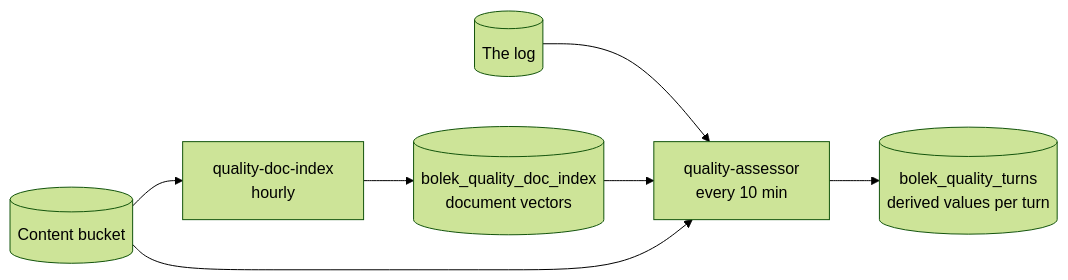
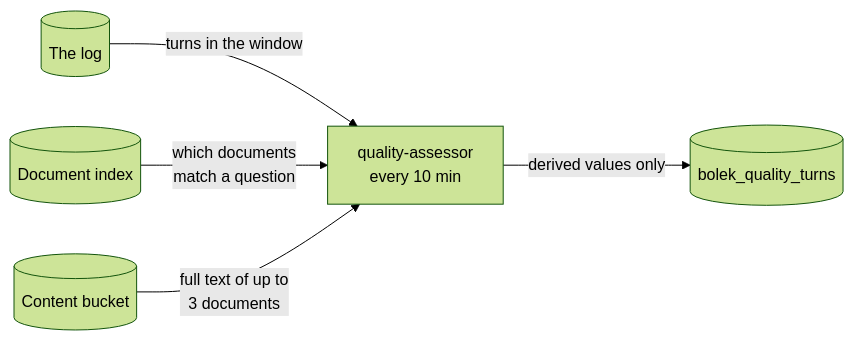
One commit to pborkowski-rtbh/conversation-analyzer changed diagram 12 of 21 in design-doc.md. Above: the diagram before and after it, drawn with Mermaid (forest theme). The commit also changed other lines of this file, not shown here.

````diff
--- a/design-doc.md
+++ b/design-doc.md
@@ -1170,9 +1182,7 @@
 ```mermaid
 flowchart LR
-    LOG[("The log")] --> A["quality-assessor<br/>every 10 min"]
-    BUCKET[("Content bucket")] --> I["quality-doc-index<br/>hourly"]
-    I --> DOC[("bolek_quality_doc_index<br/>document vectors")]
-    DOC --> A
-    BUCKET --> A
-    A --> T[("bolek_quality_turns<br/>derived values per turn")]
+    LOG[("The log")] -->|"turns in the window"| A["quality-assessor<br/>every 10 min"]
+    DOC[("Document index")] -->|"which documents<br/>match a question"| A
+    BUCKET[("Content bucket")] -->|"full text of up to<br/>3 documents"| A
+    A -->|"derived values only"| T[("bolek_quality_turns")]
 ```
````
